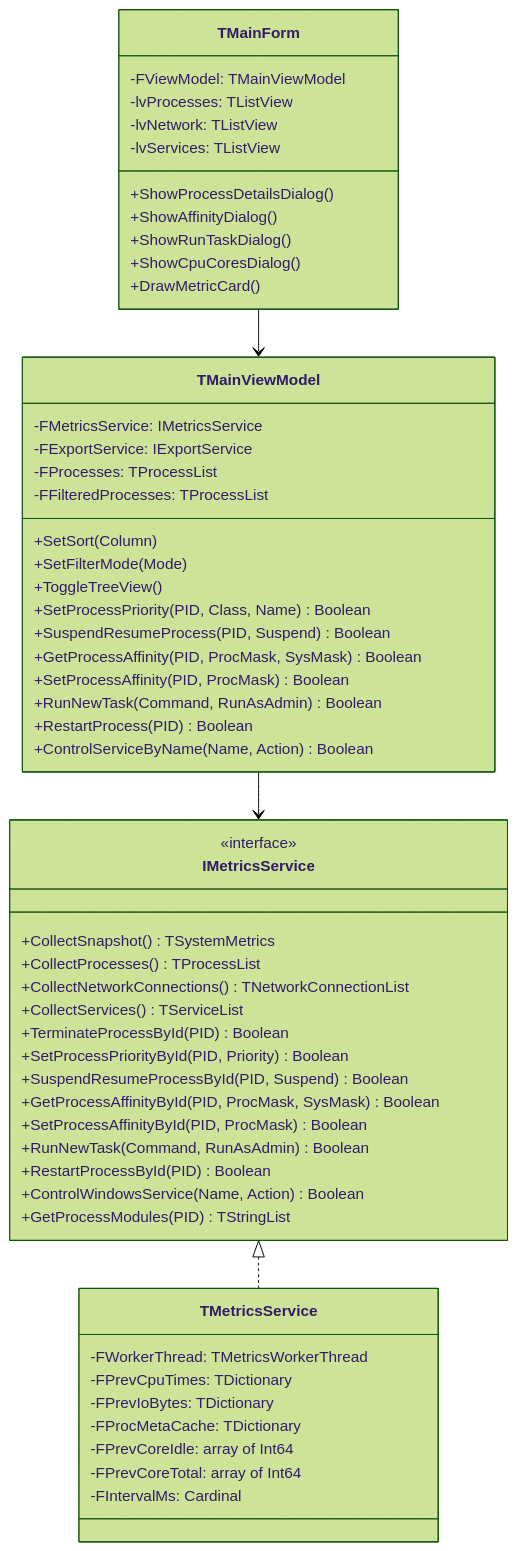
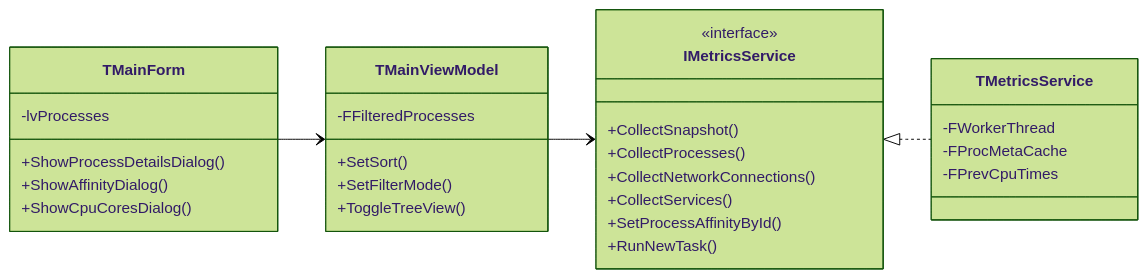
One commit to amafjarkasi/novamonitor changed the fourth of 4 diagrams in README.md. Above: the diagram before and after it, drawn with Mermaid (forest theme). The commit also changed other lines of this file, not shown here.

Commit message:
docs(readme): split Mermaid architecture diagrams into compact, focused sections

````diff
--- a/README.md
+++ b/README.md
@@ -187,62 +165,34 @@
 ```mermaid
 classDiagram
+    direction LR
     class IMetricsService {
         <<interface>>
-        +CollectSnapshot() TSystemMetrics
-        +CollectProcesses() TProcessList
-        +CollectNetworkConnections() TNetworkConnectionList
-        +CollectServices() TServiceList
-        +TerminateProcessById(PID) Boolean
-        +SetProcessPriorityById(PID, Priority) Boolean
-        +SuspendResumeProcessById(PID, Suspend) Boolean
-        +GetProcessAffinityById(PID, ProcMask, SysMask) Boolean
-        +SetProcessAffinityById(PID, ProcMask) Boolean
-        +RunNewTask(Command, RunAsAdmin) Boolean
-        +RestartProcessById(PID) Boolean
-        +ControlWindowsService(Name, Action) Boolean
-        +GetProcessModules(PID) TStringList
+        +CollectSnapshot()
+        +CollectProcesses()
+        +CollectNetworkConnections()
+        +CollectServices()
+        +SetProcessAffinityById()
+        +RunNewTask()
     }
-
     class TMetricsService {
-        -FWorkerThread: TMetricsWorkerThread
-        -FPrevCpuTimes: TDictionary
-        -FPrevIoBytes: TDictionary
-        -FProcMetaCache: TDictionary
-        -FPrevCoreIdle: array of Int64
-        -FPrevCoreTotal: array of Int64
-        -FIntervalMs: Cardinal
+        -FWorkerThread
+        -FProcMetaCache
+        -FPrevCpuTimes
     }
-
     class TMainViewModel {
-        -FMetricsService: IMetricsService
-        -FExportService: IExportService
-        -FProcesses: TProcessList
-        -FFilteredProcesses: TProcessList
-        +SetSort(Column)
-        +SetFilterMode(Mode)
+        -FFilteredProcesses
+        +SetSort()
+        +SetFilterMode()
         +ToggleTreeView()
-        +SetProcessPriority(PID, Class, Name) Boolean
-        +SuspendResumeProcess(PID, Suspend) Boolean
-        +GetProcessAffinity(PID, ProcMask, SysMask) Boolean
-        +SetProcessAffinity(PID, ProcMask) Boolean
-        +RunNewTask(Command, RunAsAdmin) Boolean
-        +RestartProcess(PID) Boolean
-        +ControlServiceByName(Name, Action) Boolean
     }
-
     class TMainForm {
-        -FViewModel: TMainViewModel
-        -lvProcesses: TListView
-        -lvNetwork: TListView
-        -lvServices: TListView
+        -lvProcesses
         +ShowProcessDetailsDialog()
         +ShowAffinityDialog()
-        +ShowRunTaskDialog()
         +ShowCpuCoresDialog()
-        +DrawMetricCard()
     }
 
     IMetricsService <|.. TMetricsService
     TMainViewModel --> IMetricsService
     TMainForm --> TMainViewModel
 ```
````
